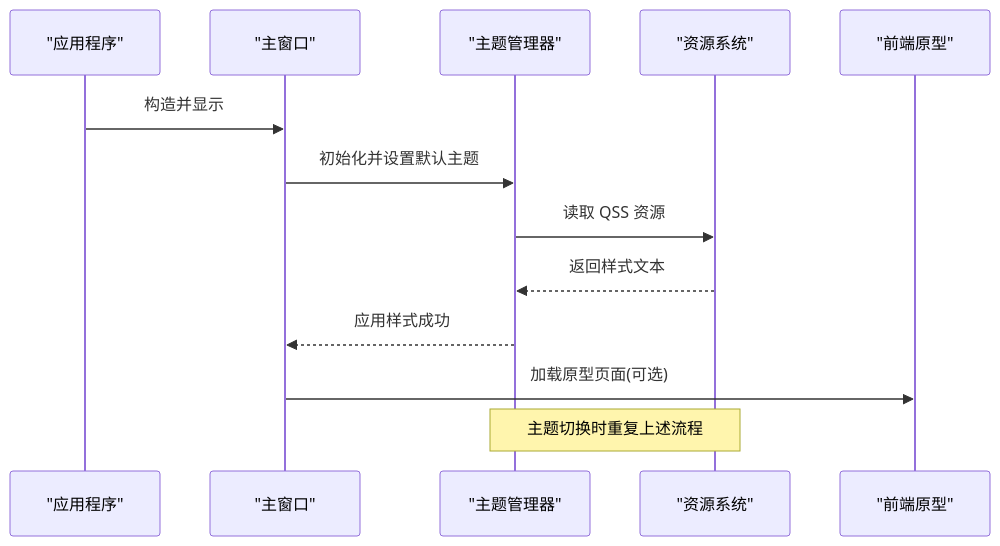
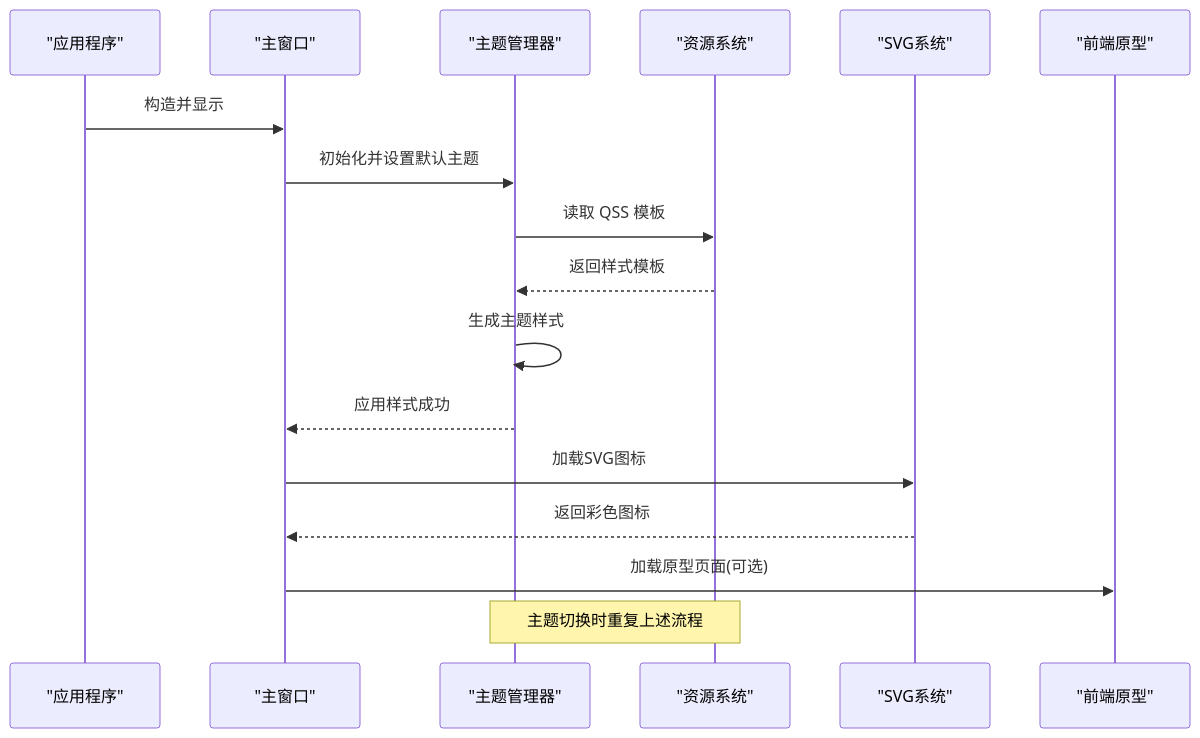
Before and after one commit to jakecai1225-design/OpenBus: the second of 6 diagrams in .qoder/repowiki/zh/content/样式系统/主题管理系统.md, drawn with Mermaid. The commit also changed other lines of this file and 40 other files, not shown here.

````diff
--- a/.qoder/repowiki/zh/content/样式系统/主题管理系统.md
+++ b/.qoder/repowiki/zh/content/样式系统/主题管理系统.md
@@ -107,15 +132,19 @@
 ```mermaid
 sequenceDiagram
 participant App as "应用程序"
 participant MW as "主窗口"
 participant TM as "主题管理器"
 participant RES as "资源系统"
+participant SVG as "SVG系统"
 participant UI as "前端原型"
 App->>MW : 构造并显示
 MW->>TM : 初始化并设置默认主题
-TM->>RES : 读取 QSS 资源
-RES-->>TM : 返回样式文本
+TM->>RES : 读取 QSS 模板
+RES-->>TM : 返回样式模板
+TM->>TM : 生成主题样式
 TM-->>MW : 应用样式成功
+MW->>SVG : 加载SVG图标
+SVG-->>MW : 返回彩色图标
 MW->>UI : 加载原型页面(可选)
 Note over TM,RES : 主题切换时重复上述流程
 ```
````
